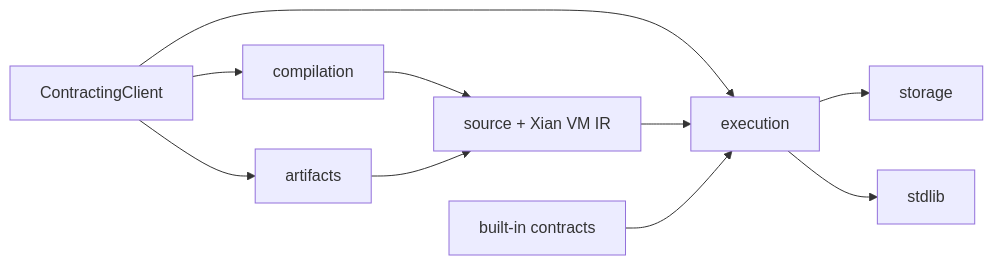
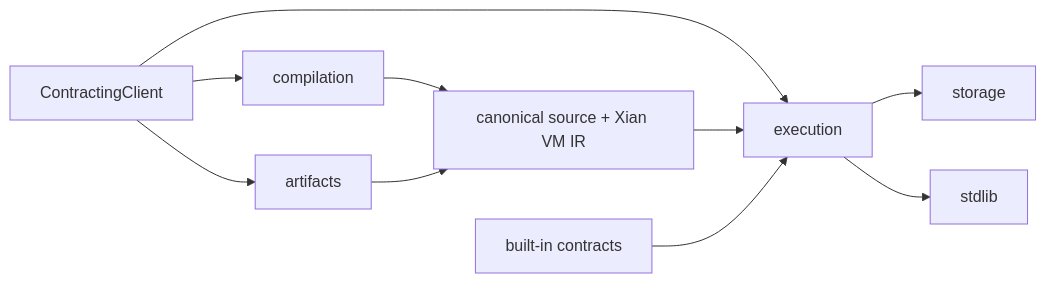
Before and after one commit to xian-technology/xian-contracting: the diagram in src/contracting/README.md, drawn with Mermaid. The commit also changed other lines of this file and 34 other files, not shown here.

````diff
--- a/src/contracting/README.md
+++ b/src/contracting/README.md
@@ -22,12 +22,12 @@
 ```mermaid
 flowchart LR
   Client["ContractingClient"] --> Artifacts["artifacts"]
   Client --> Compilation["compilation"]
   Client --> Execution["execution"]
   Execution --> Storage["storage"]
   Execution --> Stdlib["stdlib"]
-  Compilation --> Artifact["source + Xian VM IR"]
+  Compilation --> Artifact["canonical source + Xian VM IR"]
   Artifacts --> Artifact
   Artifact --> Execution
   Contracts["built-in contracts"] --> Execution
 ```
````
